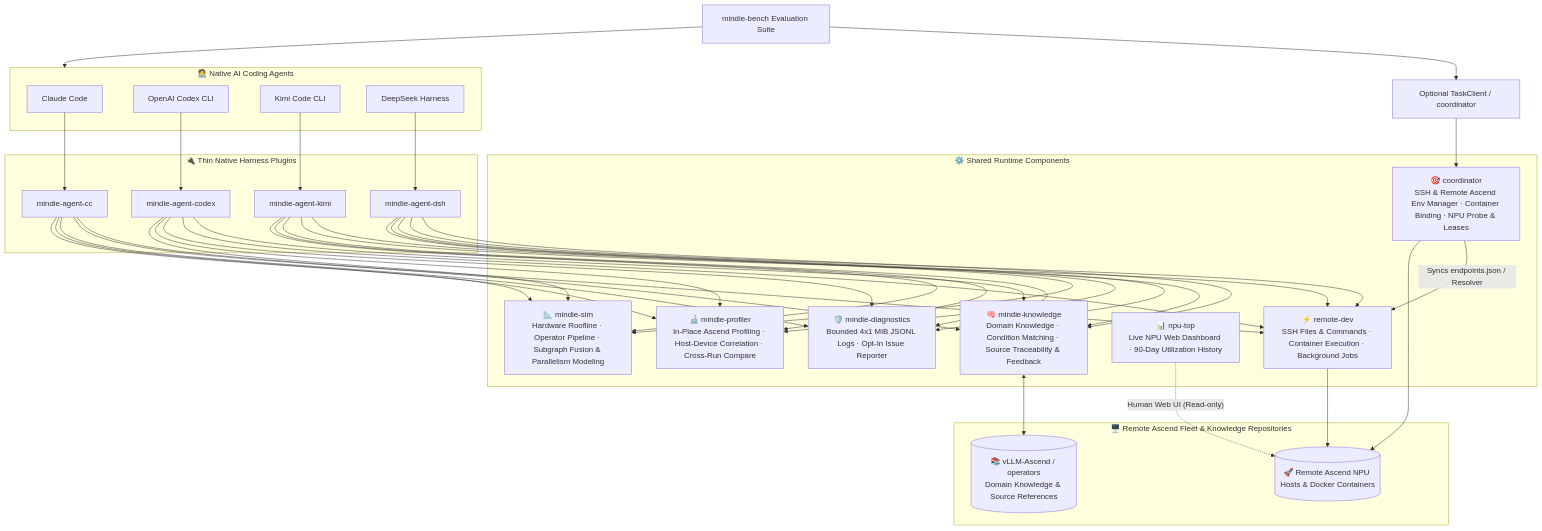
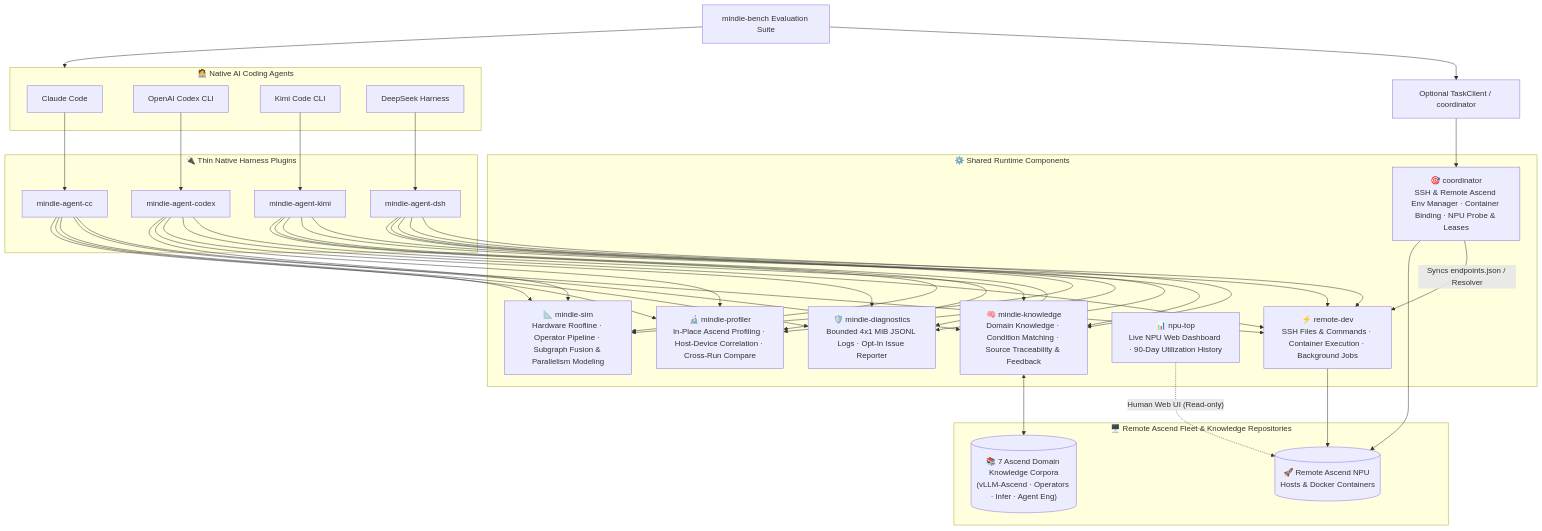
Before and after one commit to grandolantow/mindie-agent: the first of 2 diagrams in README.en.md, drawn with Mermaid. The commit also changed other lines of this file and 1 other file, not shown here.

Commit message:
docs(readme): index all 7 domain knowledge corpora in ecosystem overview

````diff
--- a/README.en.md
+++ b/README.en.md
@@ -175,44 +175,44 @@
 ```mermaid
 flowchart TB
   subgraph Clients["🧑‍💻 Native AI Coding Agents"]
     CC["Claude Code"]
     Codex["OpenAI Codex CLI"]
     Kimi["Kimi Code CLI"]
     DSH["DeepSeek Harness"]
   end
 
   subgraph Adapters["🔌 Thin Native Harness Plugins"]
     P_CC["mindie-agent-cc"]
     P_Codex["mindie-agent-codex"]
     P_Kimi["mindie-agent-kimi"]
     P_DSH["mindie-agent-dsh"]
   end
 
   subgraph Core["⚙️ Shared Runtime Components"]
     Knowledge["🧠 mindie-knowledge<br/>Domain Knowledge · Condition Matching · Source Traceability & Feedback"]
     Coord["🎯 coordinator<br/>SSH & Remote Ascend Env Manager · Container Binding · NPU Probe & Leases"]
     RemoteDev["⚡ remote-dev<br/>SSH Files & Commands · Container Execution · Background Jobs"]
     Profiler["🔬 mindie-profiler<br/>In-Place Ascend Profiling · Host-Device Correlation · Cross-Run Compare"]
     Sim["📐 mindie-sim<br/>Hardware Roofline · Operator Pipeline · Subgraph Fusion & Parallelism Modeling"]
     NpuTop["📊 npu-top<br/>Live NPU Web Dashboard · 90-Day Utilization History"]
     Diag["🛡️ mindie-diagnostics<br/>Bounded 4x1 MiB JSONL Logs · Opt-In Issue Reporter"]
   end
 
   subgraph Remote["🖥️ Remote Ascend Fleet & Knowledge Repositories"]
-    Feed[("📚 vLLM-Ascend / operators<br/>Domain Knowledge & Source References")]
+    Feed[("📚 7 Ascend Domain Knowledge Corpora<br/>(vLLM-Ascend · Operators · Infer · Agent Eng)")]
     Cluster[("🚀 Remote Ascend NPU Hosts & Docker Containers")]
   end
 
   CC --> P_CC
   Codex --> P_Codex
   Kimi --> P_Kimi
   DSH --> P_DSH
 
   P_CC & P_Codex & P_Kimi & P_DSH --> Knowledge & RemoteDev & Diag & Profiler & Sim
   Task["Optional TaskClient / coordinator"] --> Coord
   Bench["mindie-bench Evaluation Suite"] --> Task & Clients
   Knowledge <--> Feed
   Coord -- "Syncs endpoints.json / Resolver" --> RemoteDev
   Coord & RemoteDev --> Cluster
   NpuTop -. "Human Web UI (Read-only)" .-> Cluster
 ```
````
